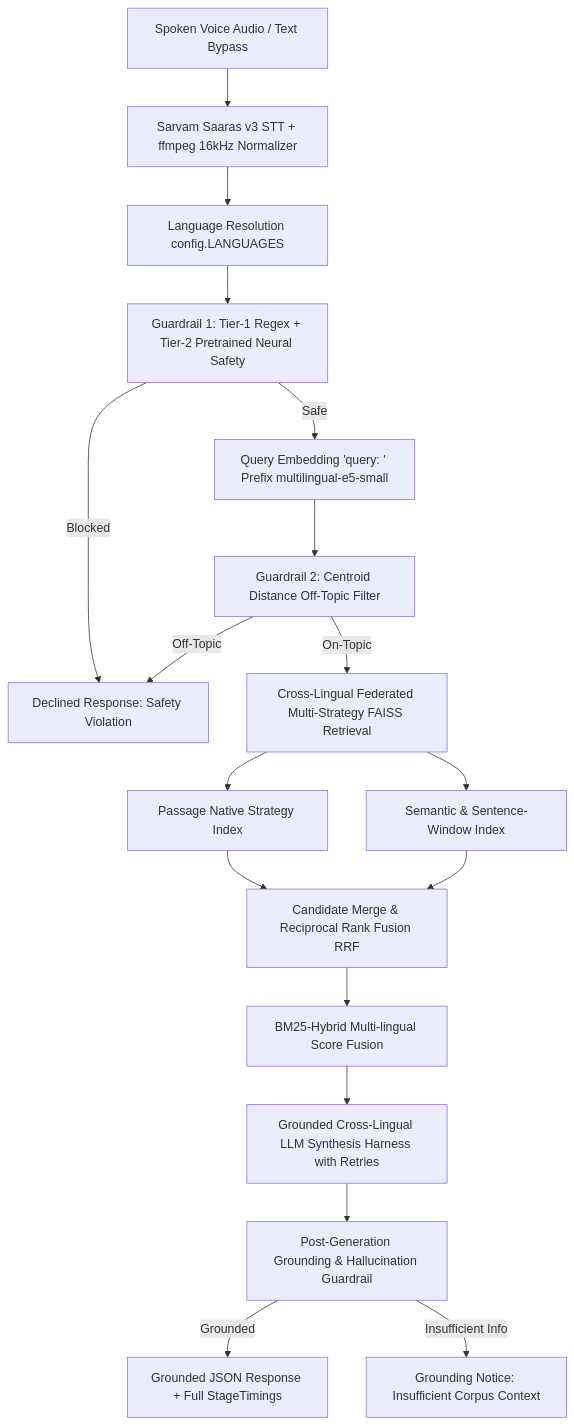
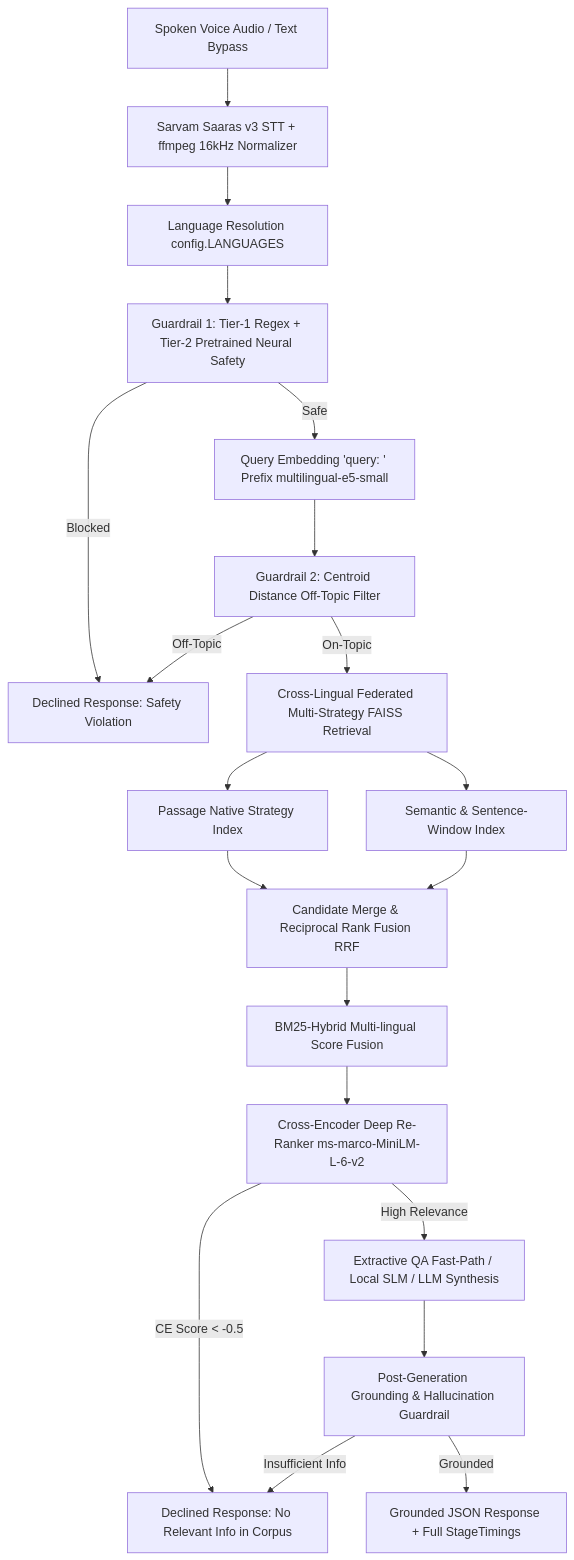
The diagram in README.md (Anshsurana123/RAGINGOA), drawn with Mermaid before and after one commit. The commit also changed other lines of this file, not shown here.

Commit message:
docs: update README with cross-encoder reranker, disqualification filter, and sub-200ms latency benchmarks

````diff
--- a/README.md
+++ b/README.md
@@ -23,20 +23,22 @@
 ```mermaid
 graph TD
     A[Spoken Voice Audio / Text Bypass] --> B[Sarvam Saaras v3 STT + ffmpeg 16kHz Normalizer]
     B --> C[Language Resolution config.LANGUAGES]
     C --> D[Guardrail 1: Tier-1 Regex + Tier-2 Pretrained Neural Safety]
     D -- Safe --> E[Query Embedding 'query: ' Prefix multilingual-e5-small]
     D -- Blocked --> X[Declined Response: Safety Violation]
     E --> F[Guardrail 2: Centroid Distance Off-Topic Filter]
     F -- Off-Topic --> X
     F -- On-Topic --> G[Cross-Lingual Federated Multi-Strategy FAISS Retrieval]
     G --> H1[Passage Native Strategy Index]
     G --> H2[Semantic & Sentence-Window Index]
     H1 --> I[Candidate Merge & Reciprocal Rank Fusion RRF]
     H2 --> I
     I --> J[BM25-Hybrid Multi-lingual Score Fusion]
-    J --> K[Grounded Cross-Lingual LLM Synthesis Harness with Retries]
-    K --> L[Post-Generation Grounding & Hallucination Guardrail]
-    L -- Grounded --> M[Grounded JSON Response + Full StageTimings]
-    L -- Insufficient Info --> N[Grounding Notice: Insufficient Corpus Context]
+    J --> K[Cross-Encoder Deep Re-Ranker ms-marco-MiniLM-L-6-v2]
+    K -- CE Score < -0.5 --> Y[Declined Response: No Relevant Info in Corpus]
+    K -- High Relevance --> L[Extractive QA Fast-Path / Local SLM / LLM Synthesis]
+    L --> M[Post-Generation Grounding & Hallucination Guardrail]
+    M -- Grounded --> N[Grounded JSON Response + Full StageTimings]
+    M -- Insufficient Info --> Y
 ```
````
